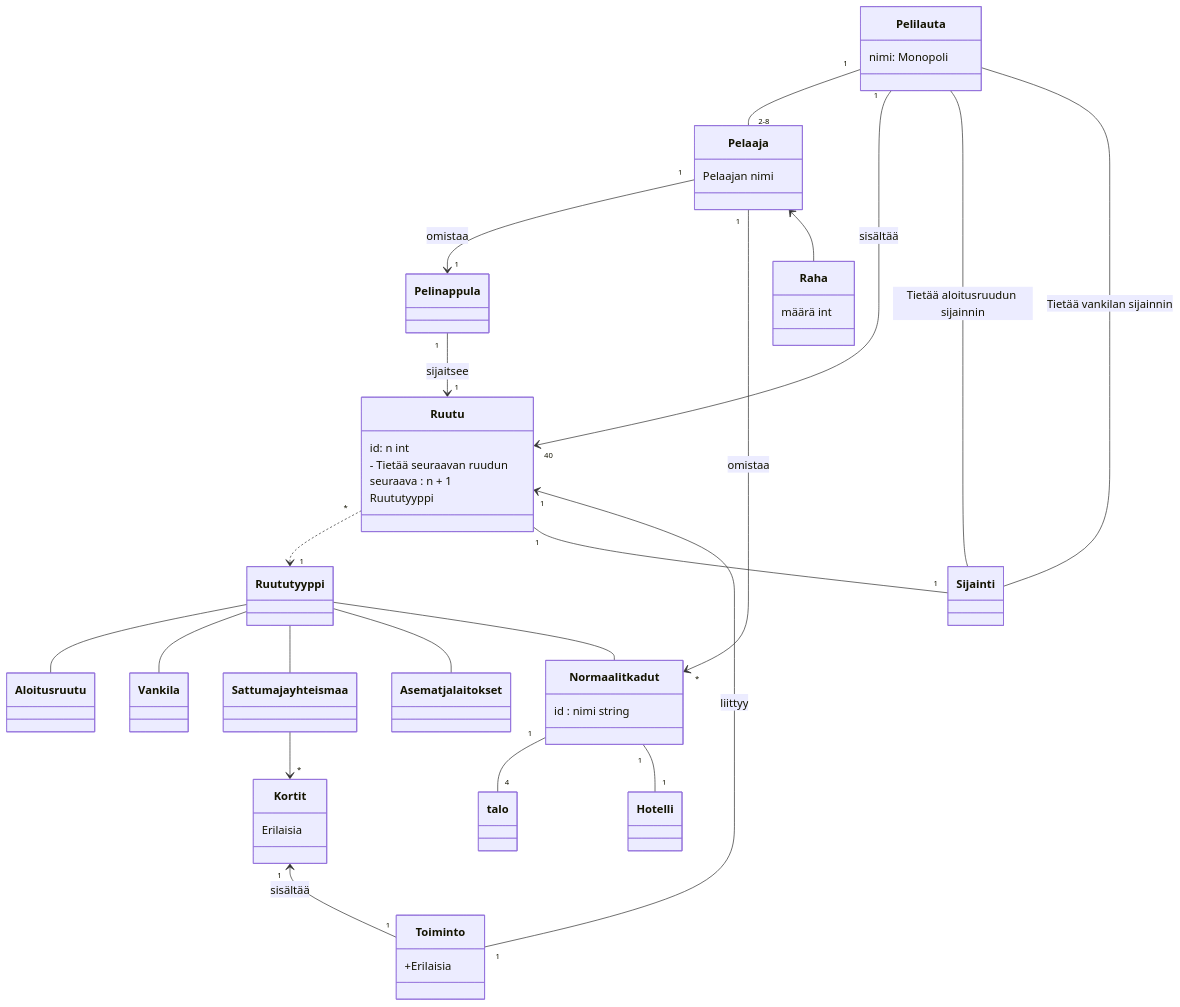
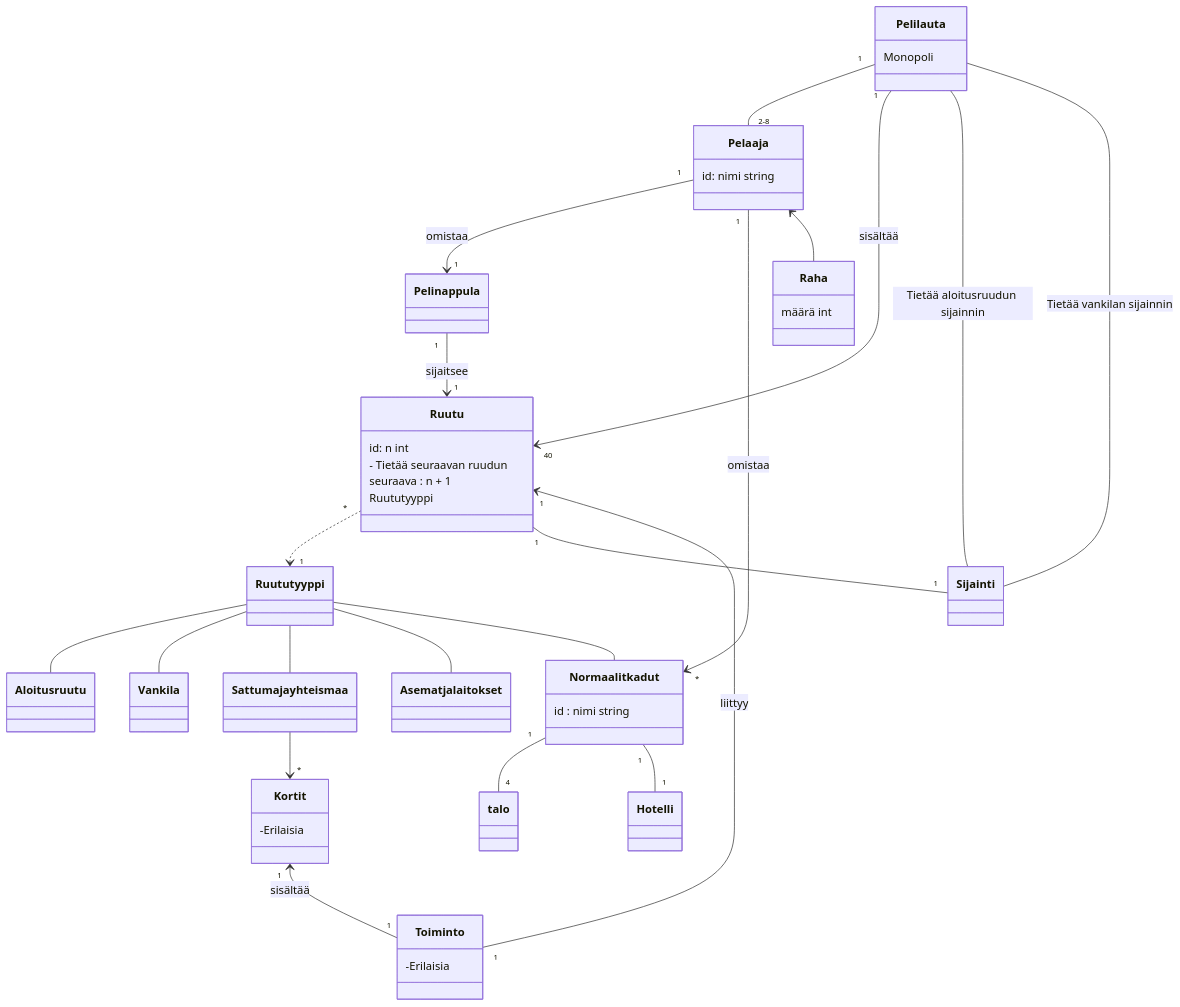
Before and after one commit to brotholi/ot-harjoitustyo: the diagram in laskarit/viikko3/monopoli.md, drawn with Mermaid.

````diff
--- a/laskarit/viikko3/monopoli.md
+++ b/laskarit/viikko3/monopoli.md
@@ -1,82 +1,82 @@
 ```mermaid
  classDiagram
     
     
     class Pelaaja {
-        Pelaajan nimi
+       id: nimi string
     }
 
     class Pelilauta {
-     nimi: Monopoli 
+     Monopoli 
     }
     
     
     class Ruutu {
-    id: n int
-    - Tietää seuraavan ruudun
-    seuraava : n + 1
-    Ruututyyppi 
+     id: n int
+     - Tietää seuraavan ruudun
+     seuraava : n + 1
+     Ruututyyppi 
     
     }
     
     
 
     class Normaalit kadut {
-    id : nimi string
+     id : nimi string
     }
          
     class Pelinappula {
     }
     
     class Toiminto {
-    +Erilaisia
+     -Erilaisia
     }
     
     class Kortit {
-    Erilaisia
+     -Erilaisia
     
     }
     
     class Raha {
     määrä int
     }
     
 
     Pelilauta "1" -- "2-8" Pelaaja
 
     Pelaaja "1" --> "1" Pelinappula : omistaa
     Pelilauta "1" --> "40" Ruutu : sisältää
     Pelinappula "1" --> "1" Ruutu : sijaitsee
 
     Ruutu "*" ..> "1" Ruututyyppi 
     
     Ruututyyppi -- Aloitusruutu
     Ruututyyppi -- Vankila
     Ruututyyppi -- Sattuma ja yhteismaa
     Ruututyyppi -- Asemat ja laitokset
     Ruututyyppi -- Normaalit kadut
 
 
     Sattuma ja yhteismaa --> "*" Kortit
     
     Ruutu "1" -- "1" Sijainti
     
     Pelilauta -- Sijainti : Tietää aloitusruudun sijainnin
     Pelilauta -- Sijainti : Tietää vankilan sijainnin
     
     Ruutu "1" <-- "1" Toiminto : liittyy
     
     Kortit "1" <-- "1" Toiminto : sisältää
     
     Normaalit kadut "1" -- "4" talo
     Normaalit kadut "1" -- "1" Hotelli
     
     Pelaaja "1" --> "*" Normaalit kadut : omistaa
     
     Pelaaja <-- Raha
     
     
 
 
     
 ```
````
